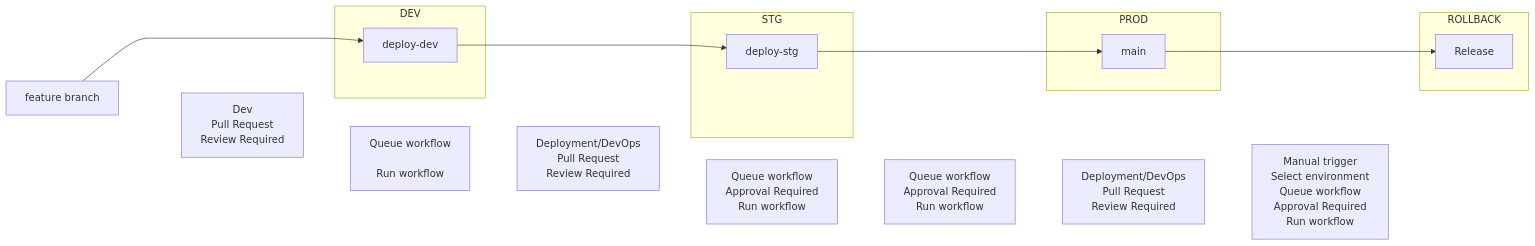
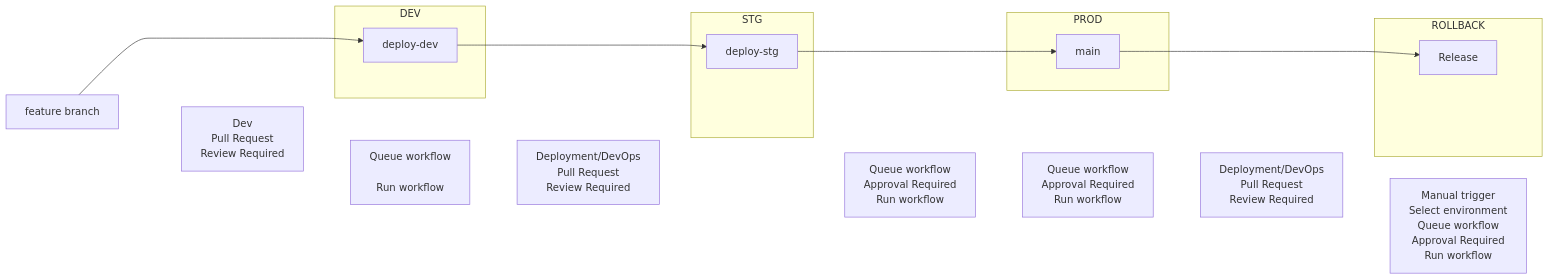
One commit to fritzramos-gf/Workflows changed the diagram in Gates-Workflow.md. Above: the diagram before and after it, drawn with Mermaid.

Commit message:
Fix formatting in Gates-Workflow.md

````diff
--- a/Gates-Workflow.md
+++ b/Gates-Workflow.md
@@ -1,31 +1,32 @@
 ```mermaid
 flowchart LR
     A[feature branch] ----> B
     A ~~~ C["Dev\nPull Request\nReview Required"]
     C ~~~ B
     subgraph DEV
         B[deploy-dev]
     end
      C ~~~ G["Queue workflow
         \nRun workflow"]
 
     B ---> D
     G ~~~ H["Deployment/DevOps\nPull Request\nReview Required"]
     H ~~~ D
     subgraph STG
         D[deploy-stg]
     end
     D ---> E
     H ~~~ I["Queue workflow\nApproval Required\nRun workflow"]
     subgraph PROD
         E[main]
     end
     I ~~~ J["Queue workflow\nApproval Required\nRun workflow"]
     E ---> F
-    J ~~~ K["Deployment/DevOps\nPull Request\nReview Required"] 
+    J ~~~ K["Deployment/DevOps\nPull Request\nReview Required"]
+    K ~~~ F
     subgraph ROLLBACK
         F[Release]
     end
     K ~~~ L["Manual trigger\nSelect environment\nQueue workflow\nApproval Required\nRun workflow"]
 
 ```
````
